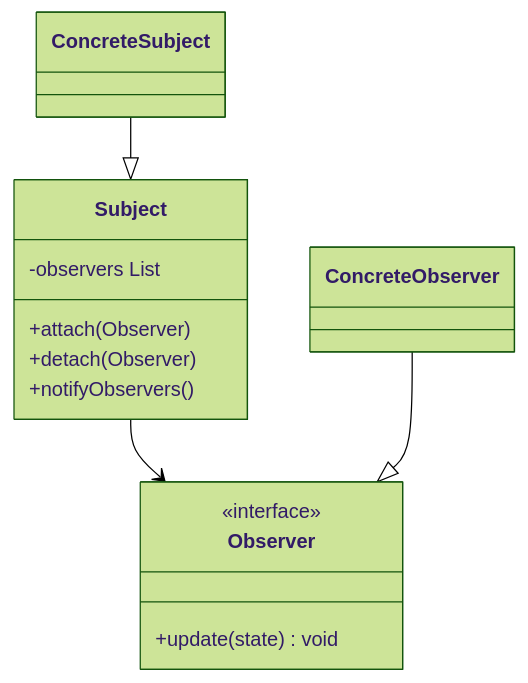
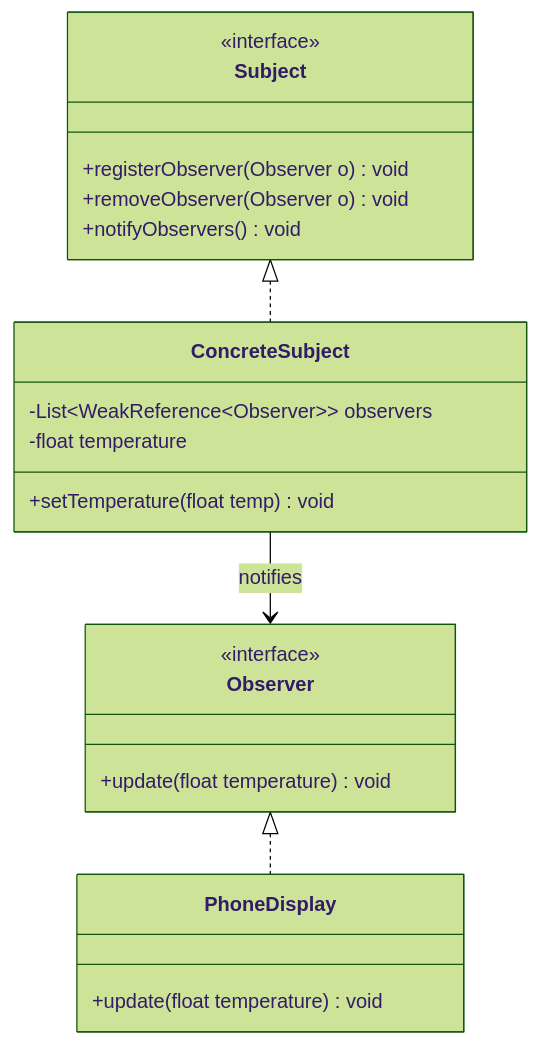
One commit to gp330841/interview changed the first of 2 diagrams in low-level-design/concepts/08-observer-pubsub-pattern.md. Above: the diagram before and after it, drawn with Mermaid (forest theme). The commit also changed other lines of this file and 66 other files, not shown here.

````diff
--- a/low-level-design/concepts/08-observer-pubsub-pattern.md
+++ b/low-level-design/concepts/08-observer-pubsub-pattern.md
@@ -6,16 +32,25 @@
 ```mermaid
 classDiagram
-    Subject --> Observer
-    ConcreteSubject --|> Subject
-    ConcreteObserver --|> Observer
+    direction TB
     class Subject {
-        -observers List
-        +attach(Observer)
-        +detach(Observer)
-        +notifyObservers()
+        <<interface>>
+        +registerObserver(Observer o) void
+        +removeObserver(Observer o) void
+        +notifyObservers() void
+    }
+    class ConcreteSubject {
+        -List~WeakReference~Observer~~ observers
+        -float temperature
+        +setTemperature(float temp) void
     }
     class Observer {
         <<interface>>
-        +update(state) void
+        +update(float temperature) void
     }
+    class PhoneDisplay {
+        +update(float temperature) void
+    }
+    Subject <|.. ConcreteSubject
+    Observer <|.. PhoneDisplay
+    ConcreteSubject --> Observer : notifies
 ```
````
